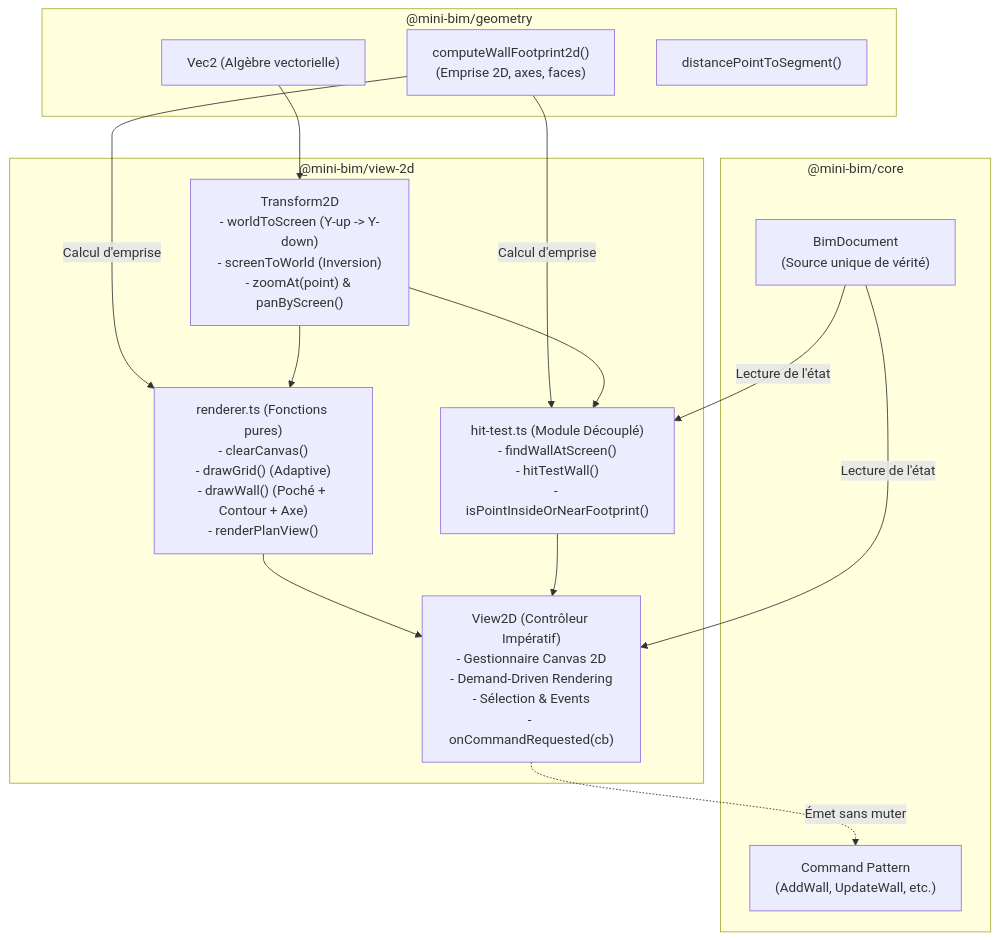
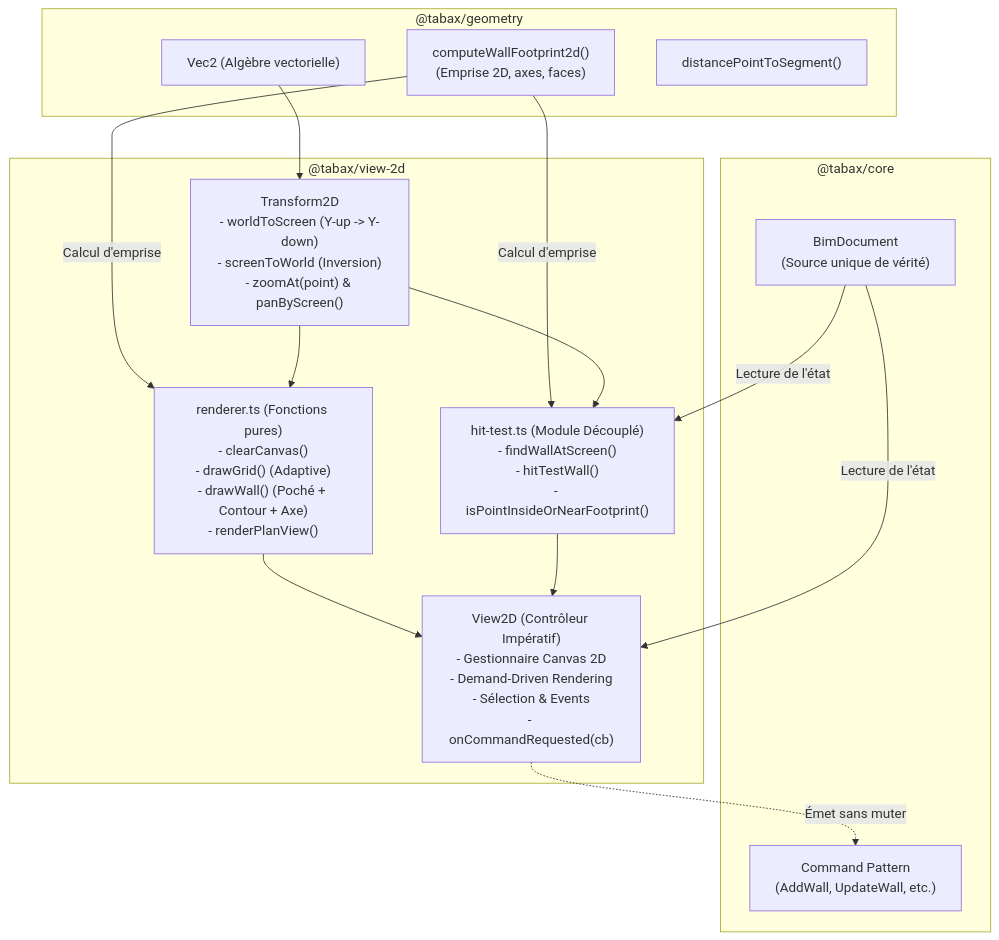
The diagram in VIEW2D_SPEC.md (mouridoullah/mini-Revit), drawn with Mermaid before and after one commit. The commit also changed other lines of this file and 259 other files, not shown here.

````diff
--- a/VIEW2D_SPEC.md
+++ b/VIEW2D_SPEC.md
@@ -33,31 +33,31 @@
 ```mermaid
 flowchart TD
-    subgraph Core ["@mini-bim/core"]
+    subgraph Core ["@tabax/core"]
         BD["BimDocument<br/>(Source unique de vérité)"]
         CMD["Command Pattern<br/>(AddWall, UpdateWall, etc.)"]
     end
 
-    subgraph Geometry ["@mini-bim/geometry"]
+    subgraph Geometry ["@tabax/geometry"]
         VEC["Vec2 (Algèbre vectorielle)"]
         FP["computeWallFootprint2d()<br/>(Emprise 2D, axes, faces)"]
         DIST["distancePointToSegment()"]
     end
 
-    subgraph View2D ["@mini-bim/view-2d"]
+    subgraph View2D ["@tabax/view-2d"]
         T2D["Transform2D<br/>- worldToScreen (Y-up -> Y-down)<br/>- screenToWorld (Inversion)<br/>- zoomAt(point) & panByScreen()"]
         REND["renderer.ts (Fonctions pures)<br/>- clearCanvas()<br/>- drawGrid() (Adaptive)<br/>- drawWall() (Poché + Contour + Axe)<br/>- renderPlanView()"]
         HIT["hit-test.ts (Module Découplé)<br/>- findWallAtScreen()<br/>- hitTestWall()<br/>- isPointInsideOrNearFootprint()"]
         V2D["View2D (Contrôleur Impératif)<br/>- Gestionnaire Canvas 2D<br/>- Demand-Driven Rendering<br/>- Sélection & Events<br/>- onCommandRequested(cb)"]
     end
 
     BD -->|Lecture de l'état| V2D
     BD -->|Lecture de l'état| HIT
     FP -->|Calcul d'emprise| REND
     FP -->|Calcul d'emprise| HIT
     VEC --> T2D
     T2D --> REND
     T2D --> HIT
     REND --> V2D
     HIT --> V2D
     V2D -.->|Émet sans muter| CMD
 ```
````
